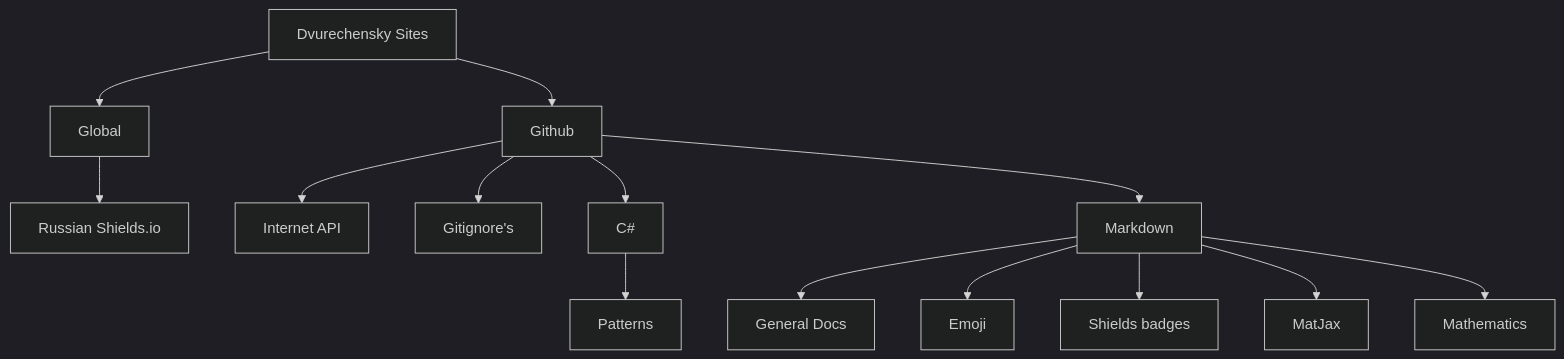
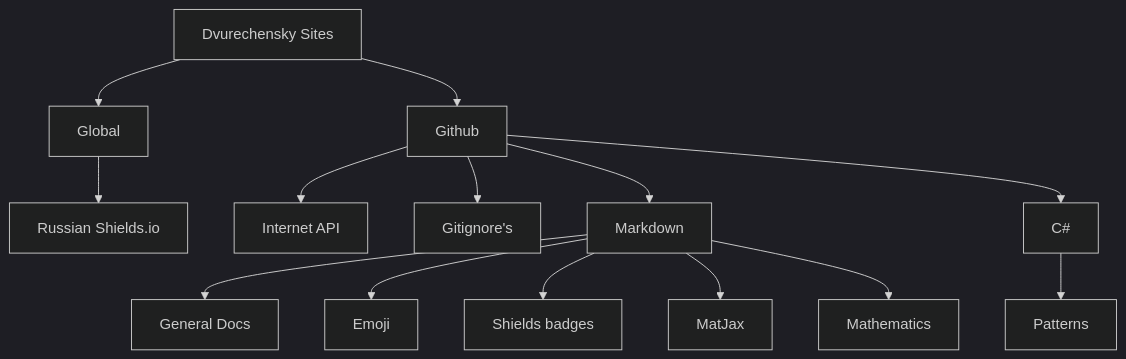
One commit to Dvurechensky/Dvurechensky changed the second of 2 diagrams in docs/index.md. Above: the diagram before and after it, drawn with Mermaid (dark theme). The commit also changed other lines of this file and 1 other file, not shown here.

````diff
--- a/docs/index.md
+++ b/docs/index.md
@@ -76,16 +76,16 @@
 ```mermaid
 graph TD
   A[Dvurechensky Sites] --> B[Global]
   A[Dvurechensky Sites] --> C[Github]
   B --> E[Russian Shields.io]
   C --> M[Internet API]
   C --> G[Gitignore's]
+  C --> H[Markdown]
   C --> N[C#]
   N --> N1[Patterns]
-  C --> H[Markdown]
   H --> K[General Docs]
   H --> L[Emoji]
   H --> Z[Shields badges]
   H --> X[MatJax]
   H --> V[Mathematics]
 ```
````
